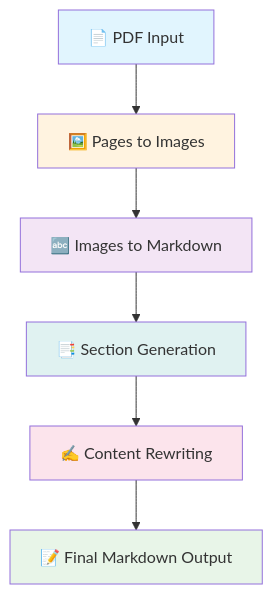
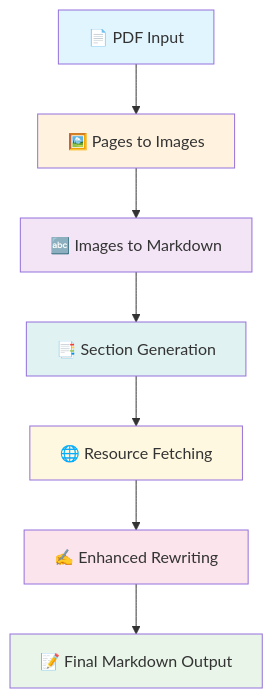
One commit to sharath1996/notes-to-text-generator changed the diagram in README.md. Above: the diagram before and after it, drawn with Mermaid. The commit also changed other lines of this file and 3 other files, not shown here.

````diff
--- a/README.md
+++ b/README.md
@@ -27,15 +29,17 @@
 ```mermaid
 graph TD
     A[📄 PDF Input] --> B[🖼️ Pages to Images]
     B --> C[🔤 Images to Markdown]
     C --> D[📑 Section Generation]
-    D --> E[✍️ Content Rewriting]
-    E --> F[📝 Final Markdown Output]
+    D --> E[🌐 Resource Fetching]
+    E --> F[✍️ Enhanced Rewriting]
+    F --> G[📝 Final Markdown Output]
     
     style A fill:#e1f5fe
-    style F fill:#e8f5e8
+    style G fill:#e8f5e8
     style B fill:#fff3e0
     style C fill:#f3e5f5
     style D fill:#e0f2f1
-    style E fill:#fce4ec
+    style E fill:#fff8e1
+    style F fill:#fce4ec
 ```
````
